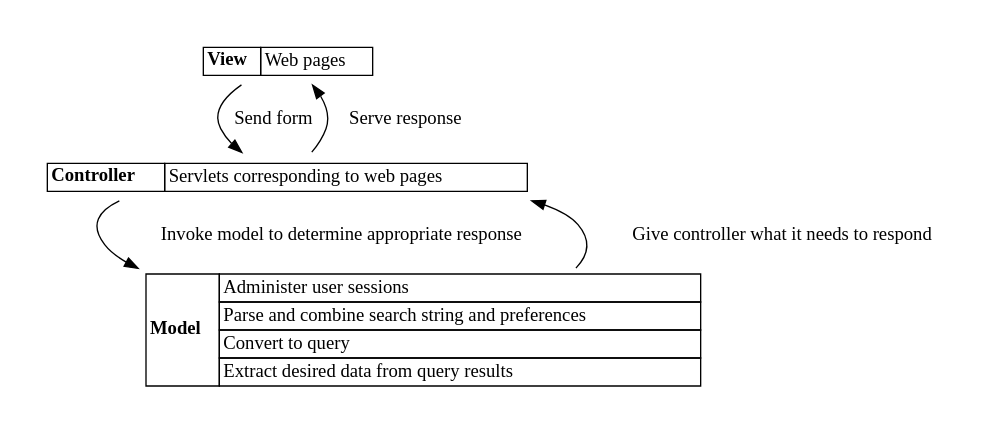
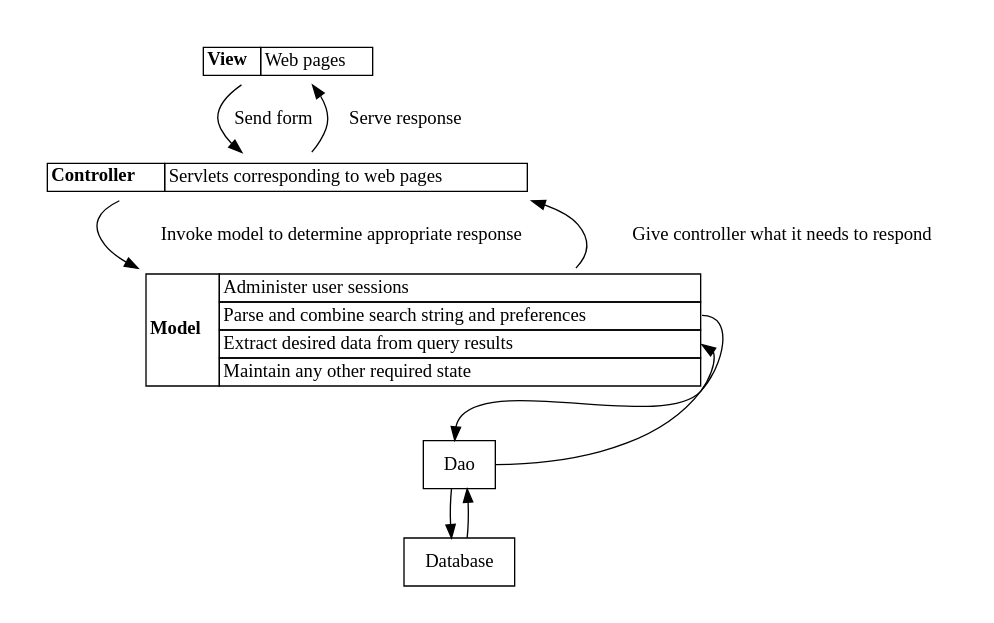
The diagram in docs/graphviz/architecture1.gv (pnoom/bc-search), drawn with Graphviz before and after one commit. The commit also changed 1 other file, not shown here.

Commit message:
More diagram tweaks

```diff
--- a/docs/graphviz/architecture1.gv
+++ b/docs/graphviz/architecture1.gv
@@ -1,49 +1,60 @@
 // MVC structure
 
 digraph mvc {
   compound = true;
   node [shape=box];
 
   // View
-  subgraph cluster0 {
+  subgraph cluster_0 {
     color = white;
     node [shape=plaintext];
     view [
       label=<
       <table border="0" cellborder="1" cellspacing="0">
 	<tr><td rowspan="1"><b>View</b></td><td align="left" port="1">Web pages</td></tr>
       </table>
       >];
   }
 
   // Controller
-  subgraph cluster1 {
+  subgraph cluster_1 {
     color = white;
     node [shape=plaintext];
     controller [
       label=<
       <table border="0" cellborder="1" cellspacing="0">
 	<tr><td rowspan="1"><b>Controller</b></td><td align="left" port="1">Servlets corresponding to web pages</td></tr>
       </table>
       >];
   }
 
   // Model
-  subgraph cluster2 {
+  subgraph cluster_2 {
     color = white;
     node [shape=plaintext];
     model [
       label=<
       <table border="0" cellborder="1" cellspacing="0">
 	<tr><td rowspan="4"><b>Model</b></td><td align="left" port="1">Administer user sessions</td></tr>
 	<tr><td align="left" port="2">Parse and combine search string and preferences</td></tr>
-	<tr><td align="left" port="3">Convert to query</td></tr>
-	<tr><td align="left" port="4">Extract desired data from query results</td></tr>
+	<tr><td align="left" port="3">Extract desired data from query results</td></tr>
+	<tr><td align="left" port="4">Maintain any other required state</td></tr>
       </table>
       >];
+  }
+
+  // Database
+  subgraph cluster_3 {
+    color = white;
+    dao [label="Dao"];
+    db [label="Database"];
   }
   view -> controller [label="Send form "];
   controller -> view [label="Serve response "];
   controller -> model [label="Invoke model to determine appropriate response "];
   model -> controller [label="Give controller what it needs to respond "];
+  model:2 -> dao;
+  dao -> db;
+  db -> dao;
+  dao -> model:3;
 }
```
